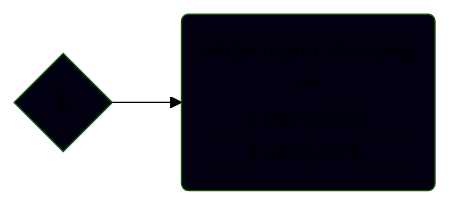
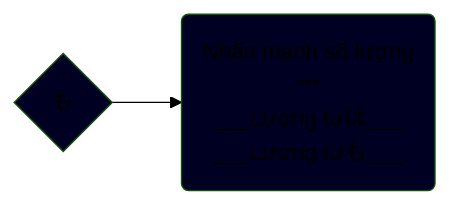
The diagram in TroTu/も.md (tea1504/learn), drawn with Mermaid (forest theme) before and after one commit. The commit also changed 16 other files, not shown here.

````diff
--- a/TroTu/も.md
+++ b/TroTu/も.md
@@ -1,9 +1,9 @@
 ```mermaid
 graph LR;
 	tt{も}
 
 	tt-->nhanManhSoLuong(Nhấn mạnh số lượng\n***\n___Lượng từは___\n___Lượng từも___)
 
-	style tt fill:#001
-	style nhanManhSoLuong fill:#001
+	style tt fill:#002
+	style nhanManhSoLuong fill:#002
 ```
````
